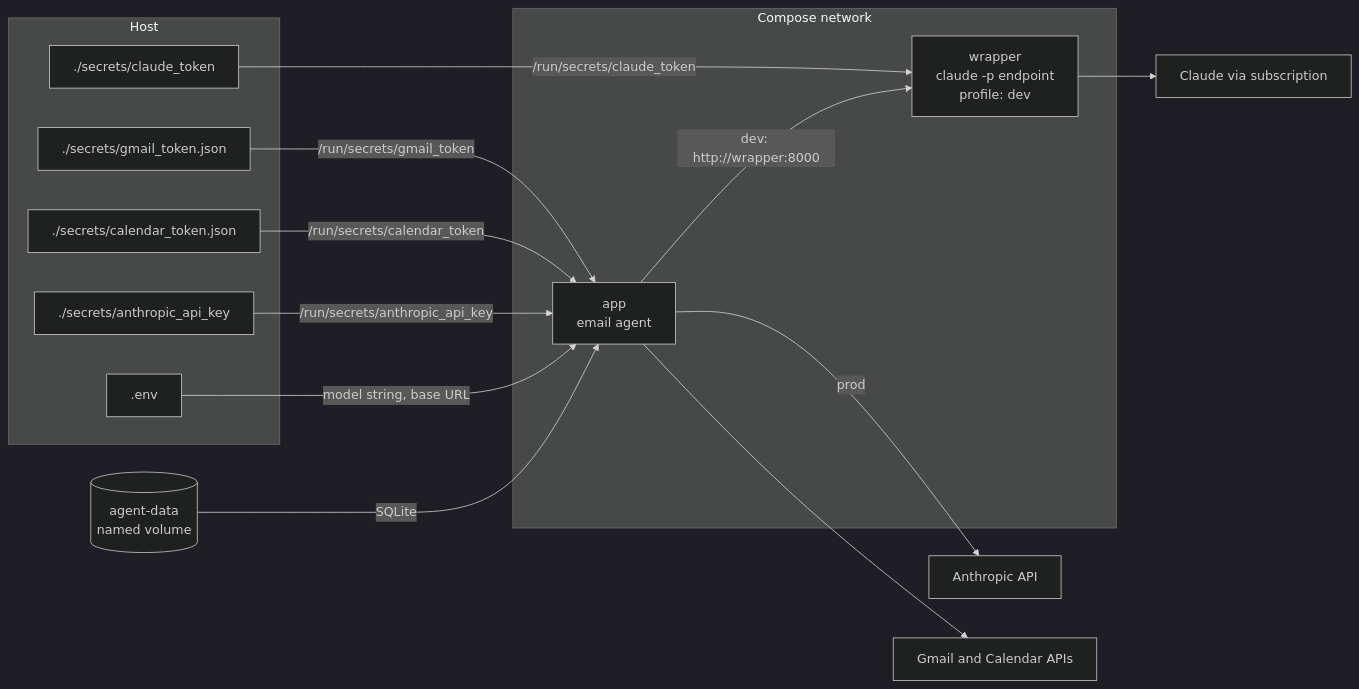
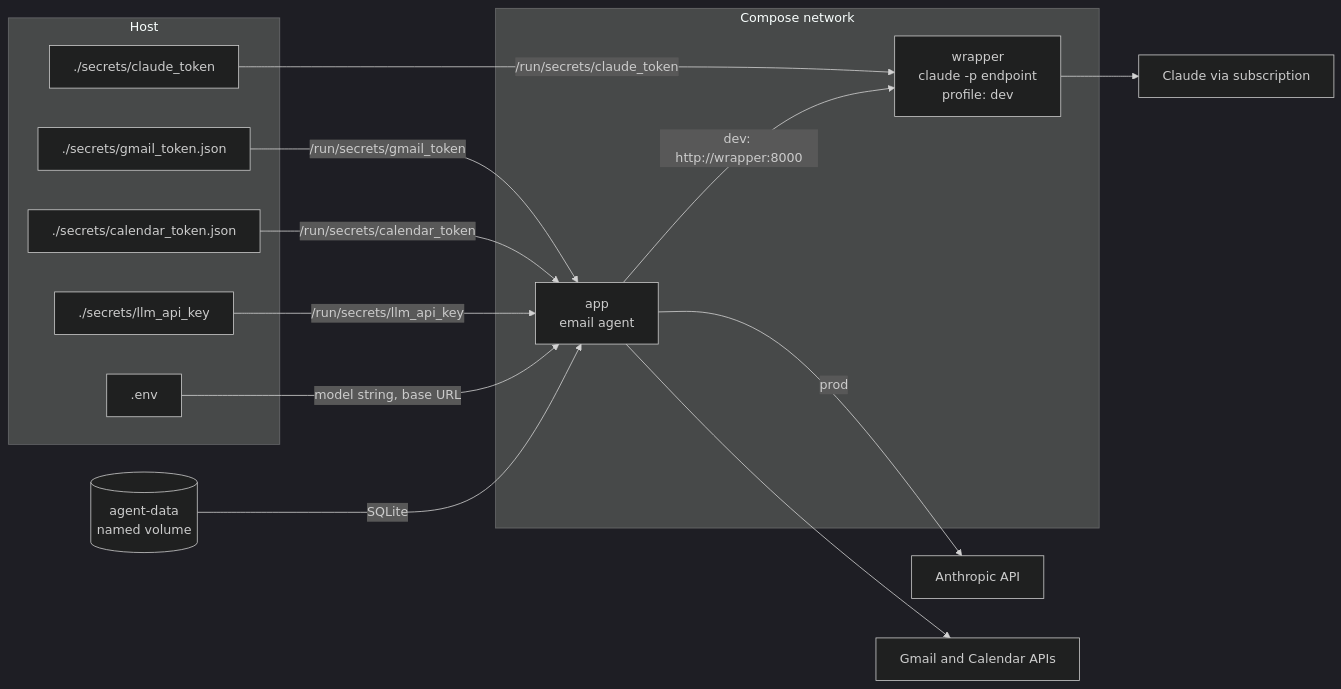
One commit to andreicaminschi/ai-email-assistant changed the first of 2 diagrams in docs/containers.md. Above: the diagram before and after it, drawn with Mermaid (dark theme). The commit also changed other lines of this file and 41 other files, not shown here.

First line of the commit message:
docs: simplify flows to per-pair handlers and yes/no approval

````diff
--- a/docs/containers.md
+++ b/docs/containers.md
@@ -28,29 +30,29 @@
 ```mermaid
 flowchart LR
     subgraph Host
         S1[./secrets/gmail_token.json]
         S2[./secrets/calendar_token.json]
         S3[./secrets/claude_token]
-        S4[./secrets/anthropic_api_key]
+        S4[./secrets/llm_api_key]
         ENV[.env]
     end
 
     subgraph Compose network
         APP[app<br/>email agent]
         WR[wrapper<br/>claude -p endpoint<br/>profile: dev]
     end
 
     VOL[(agent-data<br/>named volume)]
 
     S1 -- /run/secrets/gmail_token --> APP
     S2 -- /run/secrets/calendar_token --> APP
     S3 -- /run/secrets/claude_token --> WR
-    S4 -- /run/secrets/anthropic_api_key --> APP
+    S4 -- /run/secrets/llm_api_key --> APP
     ENV -- model string, base URL --> APP
     VOL -- SQLite --> APP
 
     APP -- prod --> ANT[Anthropic API]
     APP -- dev: http://wrapper:8000 --> WR
     WR --> CL[Claude via subscription]
     APP --> G[Gmail and Calendar APIs]
 ```
````
